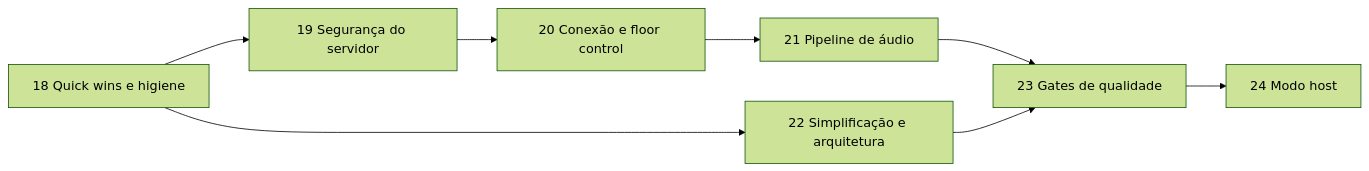
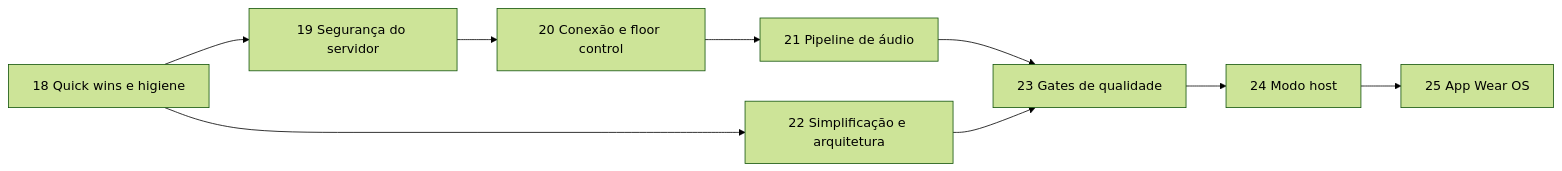
The diagram in docs/ROADMAP_MELHORIAS.md (rcleandro/ptt-lan), drawn with Mermaid (forest theme) before and after one commit. The commit also changed other lines of this file and 1 other file, not shown here.

Commit message:
docs: accept adr 0011 and add phase 25 wear os to the roadmap

````diff
--- a/docs/ROADMAP_MELHORIAS.md
+++ b/docs/ROADMAP_MELHORIAS.md
@@ -28,10 +28,11 @@
 ```mermaid
 graph LR
     F18[18 Quick wins e higiene] --> F19[19 Segurança do servidor]
     F19 --> F20[20 Conexão e floor control]
     F20 --> F21[21 Pipeline de áudio]
     F18 --> F22[22 Simplificação e arquitetura]
     F21 --> F23[23 Gates de qualidade]
     F22 --> F23
     F23 --> F24[24 Modo host]
+    F24 --> F25[25 App Wear OS]
 ```
````
